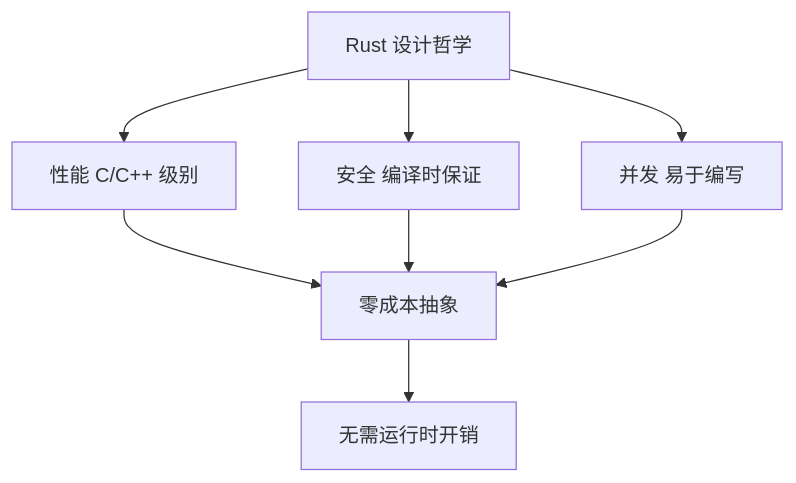
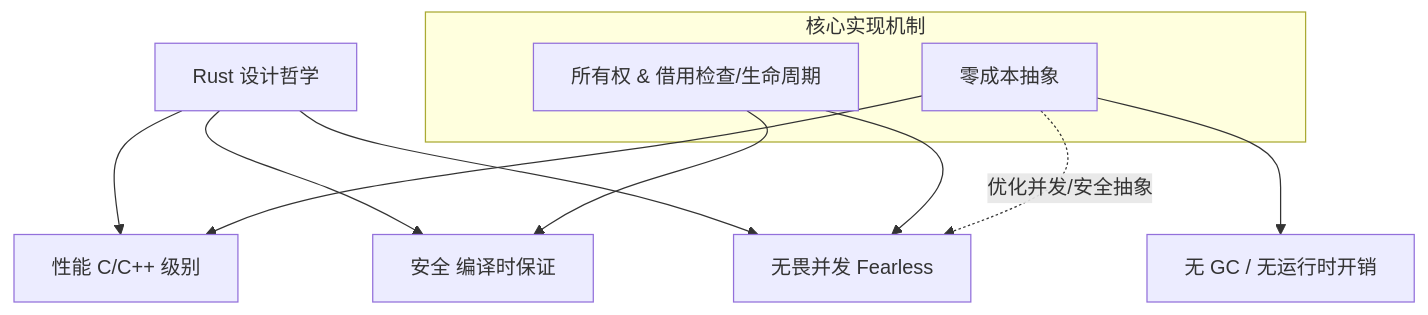
One commit to before80/prgms changed the first of 13 diagrams in content/Rust/basic/Chapter-01-Rust-Language-Basics.md. Above: the diagram before and after it, drawn with Mermaid. The commit also changed other lines of this file and 1 other file, not shown here.

````diff
--- a/content/Rust/basic/Chapter-01-Rust-Language-Basics.md
+++ b/content/Rust/basic/Chapter-01-Rust-Language-Basics.md
@@ -65,10 +67,17 @@
 ```mermaid
 graph TB
     A[Rust 设计哲学] --> B[性能 C/C++ 级别]
     A --> C[安全 编译时保证]
-    A --> D[并发 易于编写]
-    B --> E[零成本抽象]
-    C --> E
-    D --> E
-    E --> F[无需运行时开销]
+    A --> D[无畏并发 Fearless]
+
+    subgraph 核心实现机制
+        E[零成本抽象]
+        F[所有权 & 借用检查/生命周期]
+    end
+
+    E --> B
+    E --> G[无 GC / 无运行时开销]
+    F --> C
+    F --> D
+    E -. 优化并发/安全抽象 .-> D
 ```
````
